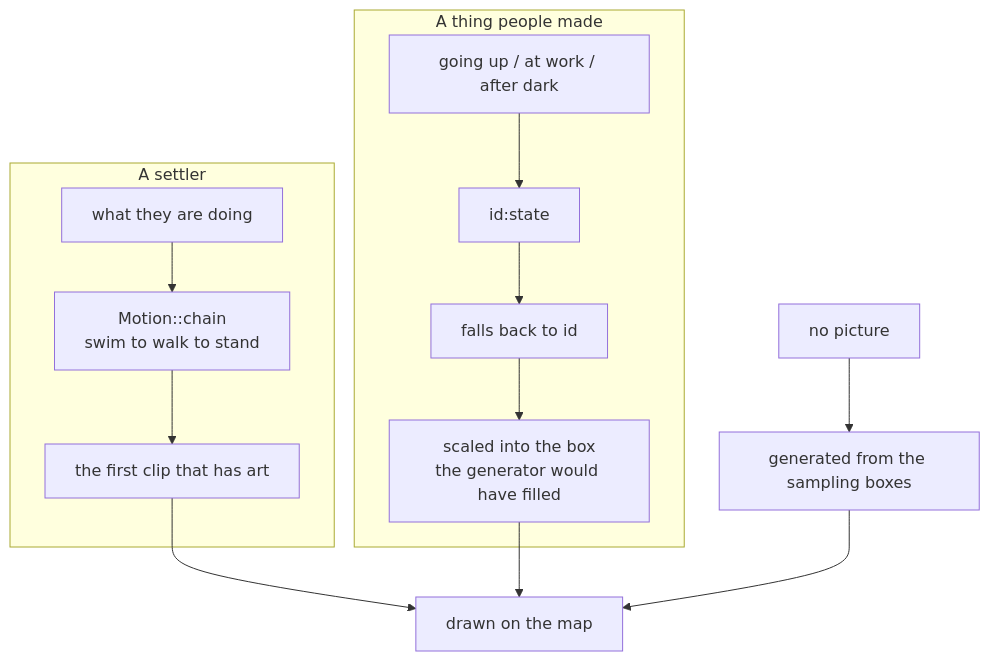
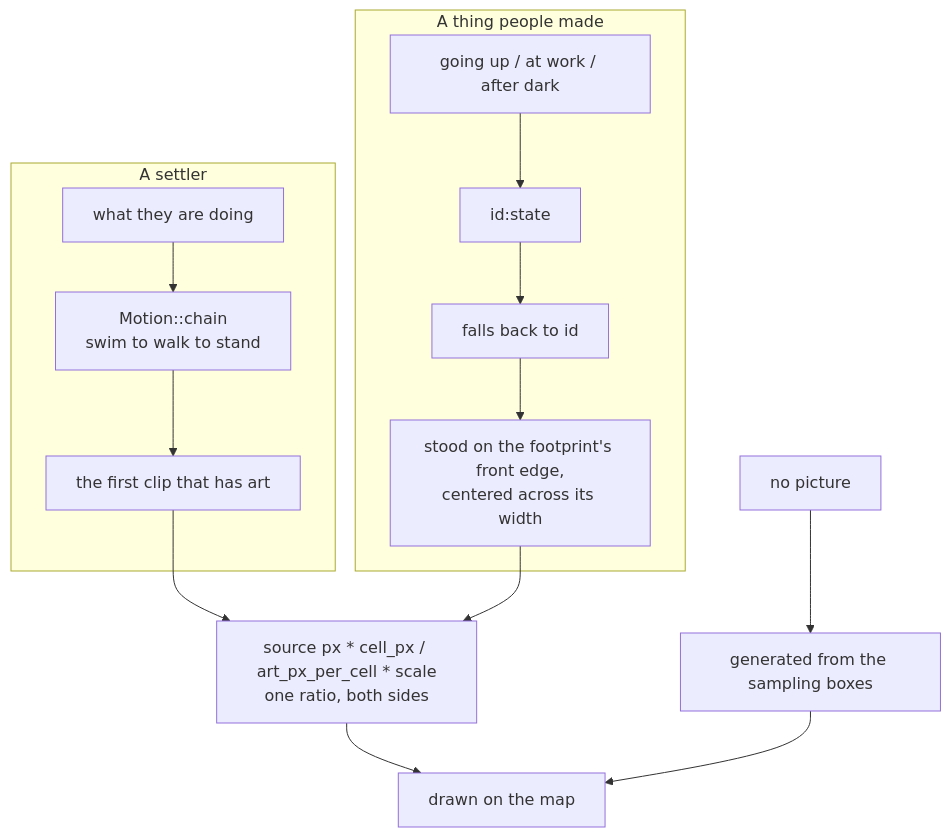
Diagram 35 of 44 in ARCHITECTURE.md (tmpk13/grow), drawn with Mermaid before and after one commit. The commit also changed other lines of this file and 13 other files, not shown here.

First line of the commit message:
Art carries its own size, and the canvas goes to 256

````diff
--- a/ARCHITECTURE.md
+++ b/ARCHITECTURE.md
@@ -1390,16 +1393,17 @@
 ```mermaid
 flowchart TD
   subgraph settlers [A settler]
     motion["what they are doing"] --> chain["Motion::chain<br/>swim to walk to stand"]
     chain --> clip["the first clip that has art"]
   end
   subgraph made [A thing people made]
     state["going up / at work / after dark"] --> key["id:state"]
     key --> fall["falls back to id"]
-    fall --> box["scaled into the box<br/>the generator would have filled"]
+    fall --> stand["stood on the footprint's front edge,<br/>centered across its width"]
   end
-  clip --> draw["drawn on the map"]
-  box --> draw
+  clip --> size["source px * cell_px / art_px_per_cell * scale<br/>one ratio, both sides"]
+  stand --> size
+  size --> draw["drawn on the map"]
   none["no picture"] --> gen["generated from the sampling boxes"]
   gen --> draw
 ```
````
